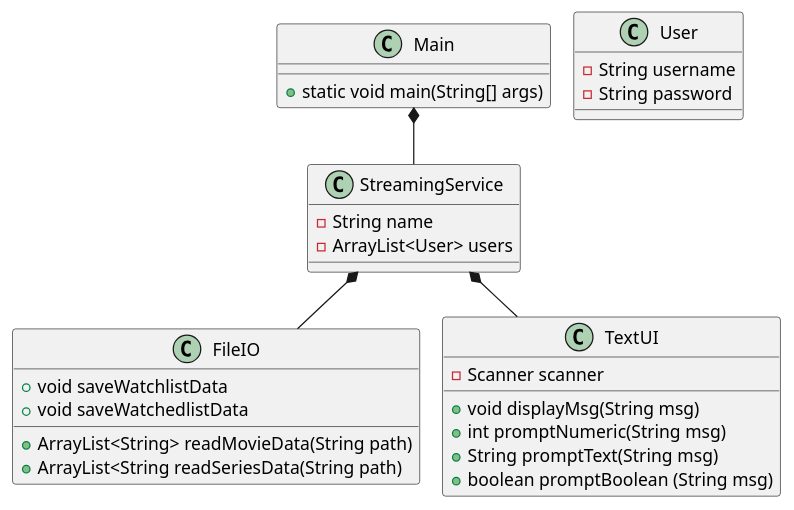
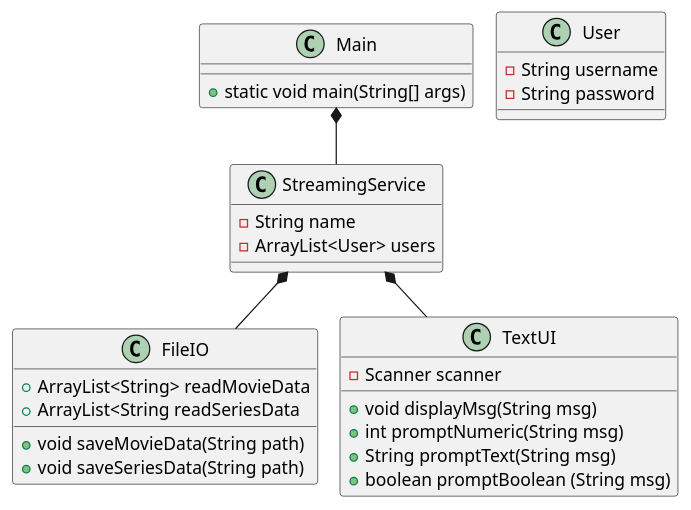
Before and after one commit to EmilDagsberg/SP3: the diagram in doc/classdiagram/classdiagram_v1.puml, drawn with PlantUML.

Commit message:
Domainmodel

```diff
--- a/doc/classdiagram/classdiagram_v1.puml
+++ b/doc/classdiagram/classdiagram_v1.puml
@@ -1,41 +1,41 @@
 @startuml
 !pragma layout smetana
 
 class Main {
 + static void main(String[] args)
 }
 
 class StreamingService{
 - String name
 - ArrayList<User> users
 }
 
 class User {
 - String username
 - String password
 }
 
 
 
 
 
 class FileIO {
-+ ArrayList<String> readMovieData(String path)
-+ ArrayList<String readSeriesData(String path)
-+ void saveWatchlistData
-+ void saveWatchedlistData
++ ArrayList<String> readMovieData
++ ArrayList<String readSeriesData
++ void saveMovieData(String path)
++ void saveSeriesData(String path)
 }
 
 class TextUI {
 - Scanner scanner
 + void displayMsg(String msg)
 + int promptNumeric(String msg)
 + String promptText(String msg)
 + boolean promptBoolean (String msg)
 }
 
 Main *-- StreamingService
 StreamingService *-- FileIO
 StreamingService *-- TextUI
 
 @enduml
```
